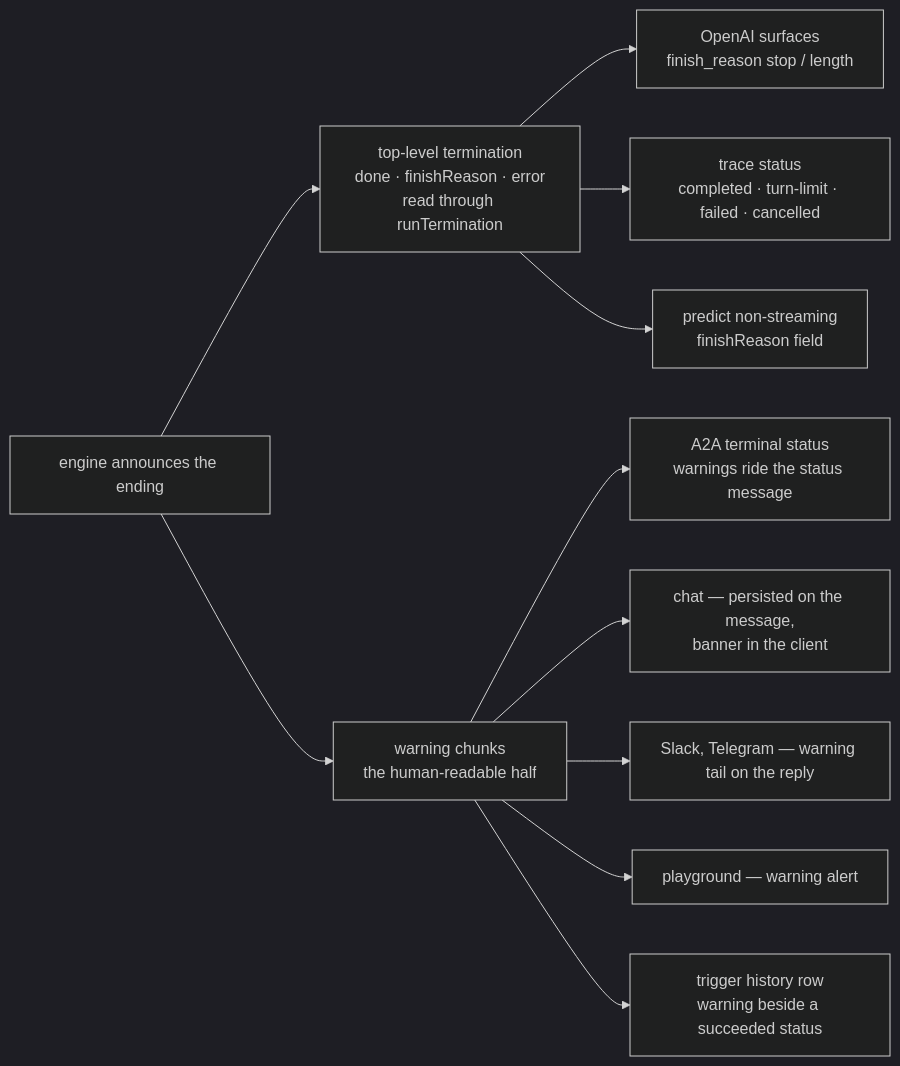
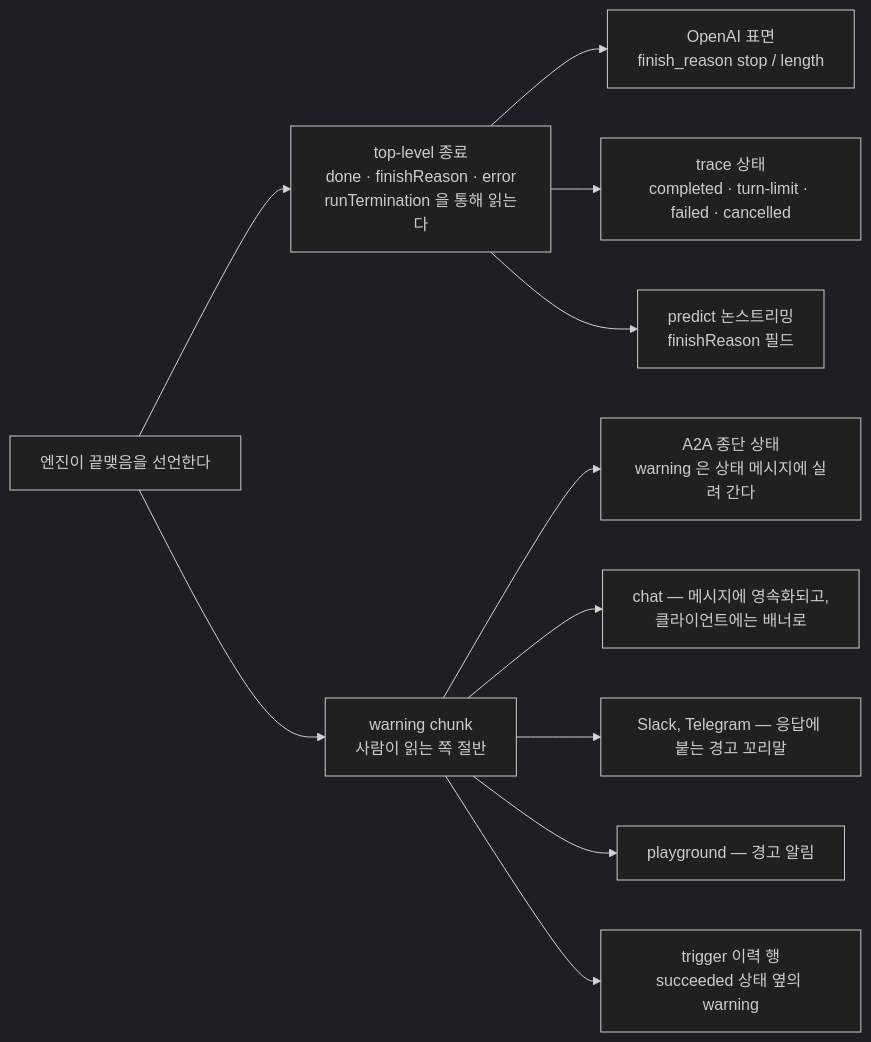
Before and after one commit to opspresso/agent-studio: the fourth of 4 diagrams in docs/ARCHITECTURE.md, drawn with Mermaid (dark theme). The commit also changed other lines of this file and 21 other files, not shown here.

````diff
--- a/docs/ARCHITECTURE.md
+++ b/docs/ARCHITECTURE.md
@@ -573,26 +568,26 @@
 ```mermaid
 flowchart LR
-  engine["engine announces the ending"]
-  term["top-level termination<br/>done · finishReason · error<br/>read through runTermination"]
-  warning["warning chunks<br/>the human-readable half"]
+  engine["엔진이 끝맺음을 선언한다"]
+  term["top-level 종료<br/>done · finishReason · error<br/>runTermination 을 통해 읽는다"]
+  warning["warning chunk<br/>사람이 읽는 쪽 절반"]
 
-  openai["OpenAI surfaces<br/>finish_reason stop / length"]
-  tracestatus["trace status<br/>completed · turn-limit · failed · cancelled"]
-  a2aout["A2A terminal status<br/>warnings ride the status message"]
-  predictout["predict non-streaming<br/>finishReason field"]
-  chatui["chat — persisted on the message,<br/>banner in the client"]
-  slackout["Slack, Telegram — warning tail on the reply"]
-  console["playground — warning alert"]
-  triggerrow["trigger history row<br/>warning beside a succeeded status"]
+  openai["OpenAI 표면<br/>finish_reason stop / length"]
+  tracestatus["trace 상태<br/>completed · turn-limit · failed · cancelled"]
+  a2aout["A2A 종단 상태<br/>warning 은 상태 메시지에 실려 간다"]
+  predictout["predict 논스트리밍<br/>finishReason 필드"]
+  chatui["chat — 메시지에 영속화되고,<br/>클라이언트에는 배너로"]
+  slackout["Slack, Telegram — 응답에 붙는 경고 꼬리말"]
+  console["playground — 경고 알림"]
+  triggerrow["trigger 이력 행<br/>succeeded 상태 옆의 warning"]
 
   engine --> term
   engine --> warning
   term --> openai
   term --> tracestatus
   term --> predictout
   warning --> a2aout
   warning --> chatui
   warning --> slackout
   warning --> console
   warning --> triggerrow
 ```
````
